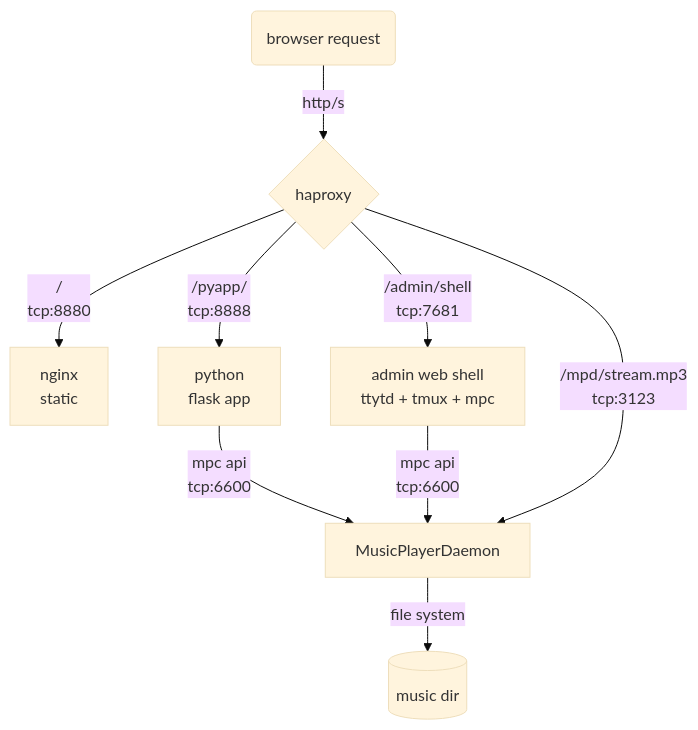
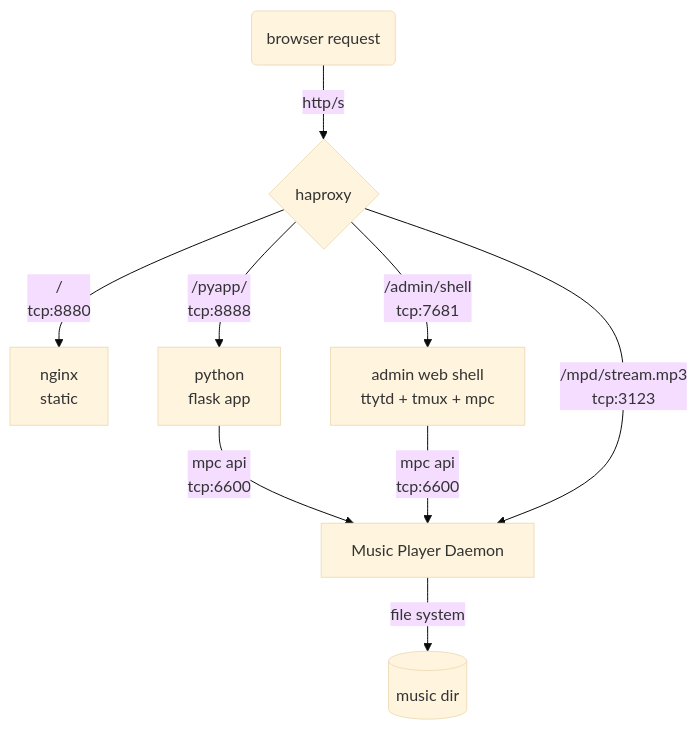
Before and after one commit to craig-m/mpcontainer: the diagram in mpcontainer.mermaid, drawn with Mermaid (base theme).

Commit message:
action test

```diff
--- a/mpcontainer.mermaid
+++ b/mpcontainer.mermaid
@@ -1,9 +1,9 @@
 graph TD
     A(browser request) -->|http/s| C{haproxy}
     C -->|/<br>tcp:8880| D[nginx<br>static]
     C -->|/pyapp/<br>tcp:8888| E[python<br>flask app]
     E -->|mpc api<br>tcp:6600| G
     C -->|/admin/shell<br>tcp:7681| F[admin web shell<br>ttytd + tmux + mpc]
     F -->|mpc api<br>tcp:6600| G
-    C -->|/mpd/stream.mp3<br>tcp:3123| G[MusicPlayerDaemon]
+    C -->|/mpd/stream.mp3<br>tcp:3123| G[Music Player Daemon]
     G -->|file system|J[(music dir)]
```
